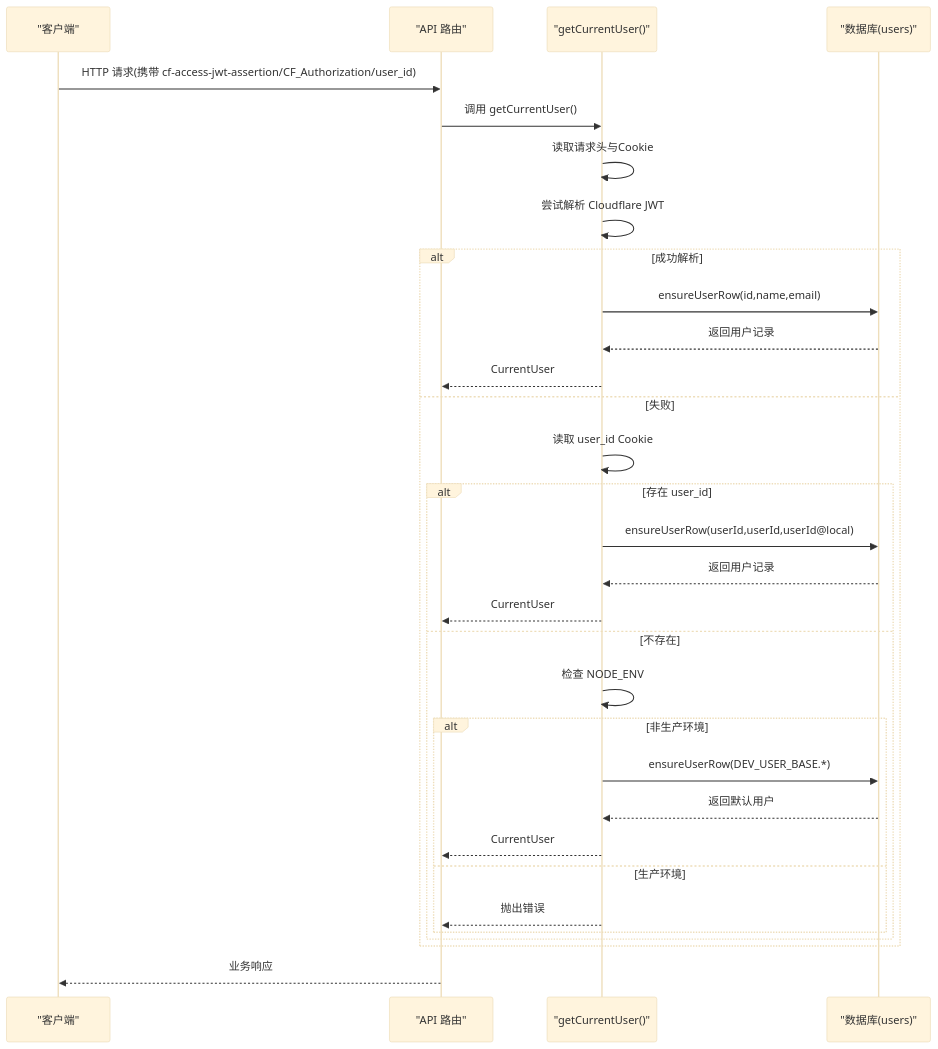
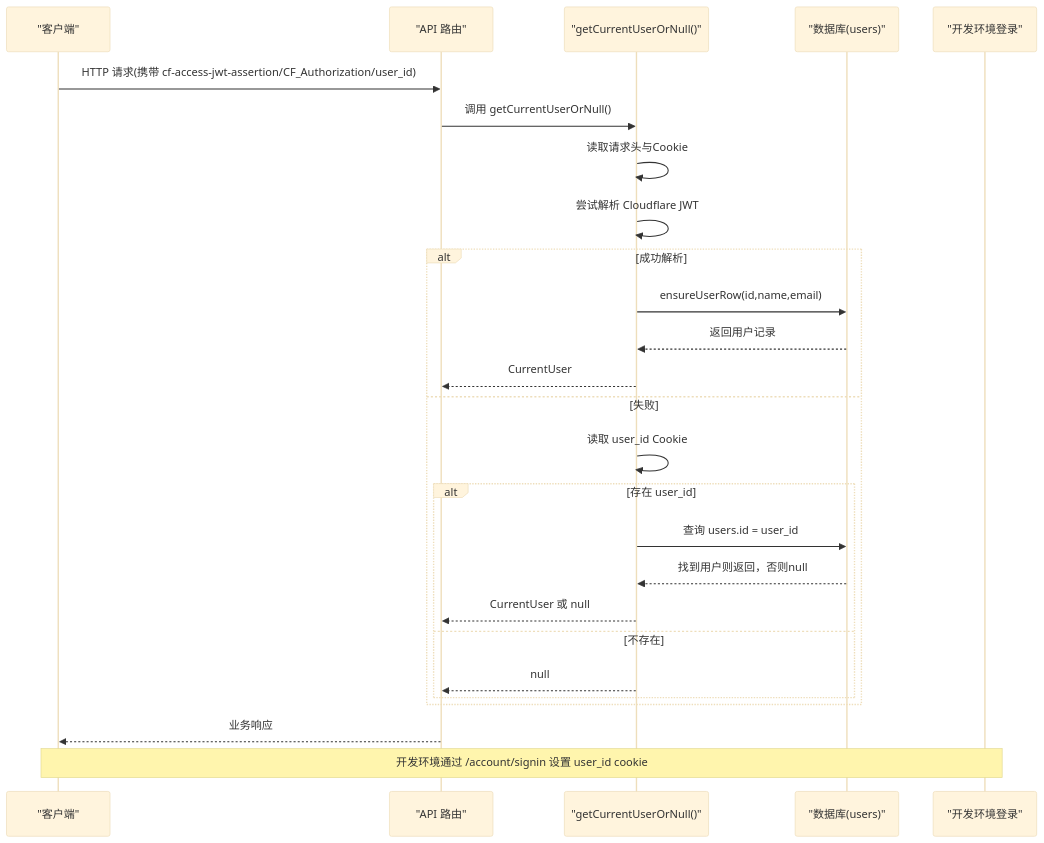
One commit to pnnh/weable changed the second of 8 diagrams in .qoder/repowiki/zh/content/架构设计/认证架构设计/多源认证机制.md. Above: the diagram before and after it, drawn with Mermaid (base theme). The commit also changed other lines of this file and 161 other files, not shown here.

````diff
--- a/.qoder/repowiki/zh/content/架构设计/认证架构设计/多源认证机制.md
+++ b/.qoder/repowiki/zh/content/架构设计/认证架构设计/多源认证机制.md
@@ -83,33 +105,28 @@
 ```mermaid
 sequenceDiagram
 participant Client as "客户端"
 participant Route as "API 路由"
-participant Auth as "getCurrentUser()"
+participant Auth as "getCurrentUserOrNull()"
 participant DB as "数据库(users)"
+participant DevLogin as "开发环境登录"
 Client->>Route : HTTP 请求(携带 cf-access-jwt-assertion/CF_Authorization/user_id)
-Route->>Auth : 调用 getCurrentUser()
+Route->>Auth : 调用 getCurrentUserOrNull()
 Auth->>Auth : 读取请求头与Cookie
 Auth->>Auth : 尝试解析 Cloudflare JWT
 alt 成功解析
 Auth->>DB : ensureUserRow(id,name,email)
 DB-->>Auth : 返回用户记录
 Auth-->>Route : CurrentUser
 else 失败
 Auth->>Auth : 读取 user_id Cookie
 alt 存在 user_id
-Auth->>DB : ensureUserRow(userId,userId,userId@local)
-DB-->>Auth : 返回用户记录
-Auth-->>Route : CurrentUser
+Auth->>DB : 查询 users.id = user_id
+DB-->>Auth : 找到用户则返回，否则null
+Auth-->>Route : CurrentUser 或 null
 else 不存在
-Auth->>Auth : 检查 NODE_ENV
-alt 非生产环境
-Auth->>DB : ensureUserRow(DEV_USER_BASE.*)
-DB-->>Auth : 返回默认用户
-Auth-->>Route : CurrentUser
-else 生产环境
-Auth-->>Route : 抛出错误
-end
+Auth-->>Route : null
 end
 end
 Route-->>Client : 业务响应
+Note over DevLogin,Client : 开发环境通过 /account/signin 设置 user_id cookie
 ```
````
